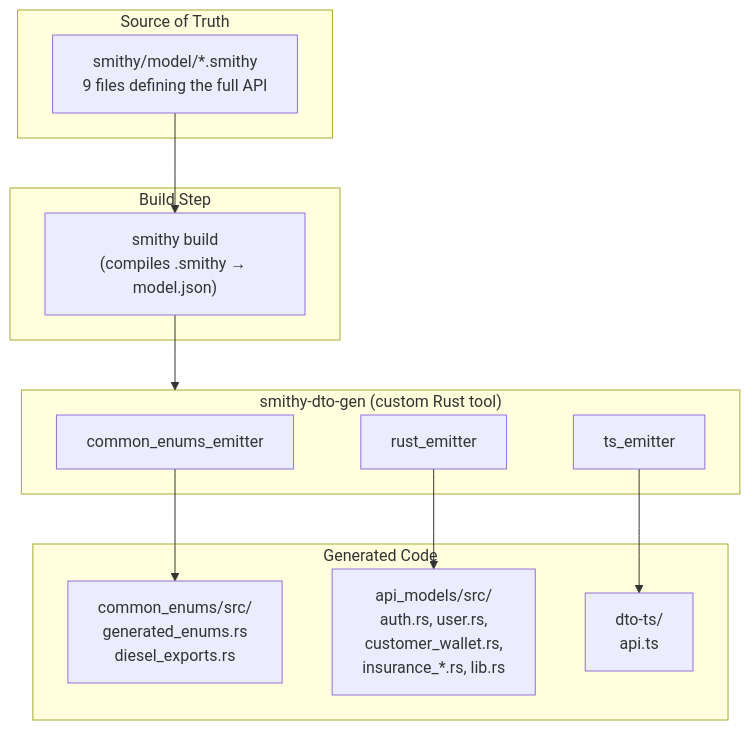
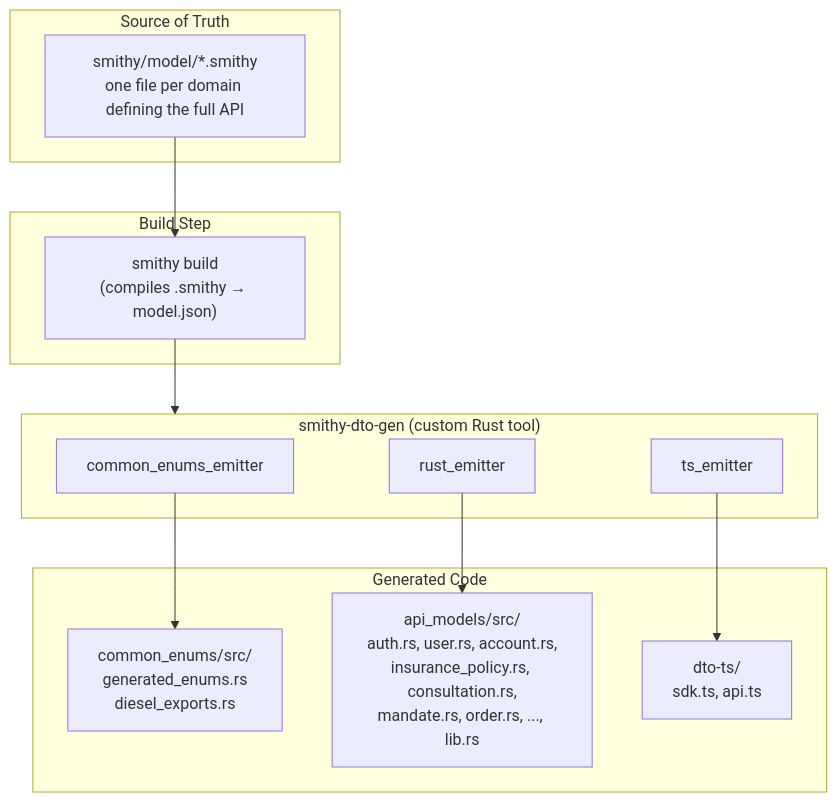
The first of 10 diagrams in api-reference/architecture/smithy-codegen-guide.mdx (anu19981/aarokya-backend), drawn with Mermaid before and after one commit. The commit also changed other lines of this file and 82 other files, not shown here.

````diff
--- a/api-reference/architecture/smithy-codegen-guide.mdx
+++ b/api-reference/architecture/smithy-codegen-guide.mdx
@@ -16,28 +16,28 @@
 ```mermaid
 flowchart TD
     subgraph SOURCE["Source of Truth"]
-        S["smithy/model/*.smithy<br/>9 files defining the full API"]
+        S["smithy/model/*.smithy<br/>one file per domain defining the full API"]
     end
 
     subgraph BUILD["Build Step"]
         SB["smithy build<br/>(compiles .smithy → model.json)"]
     end
 
     subgraph CODEGEN["smithy-dto-gen (custom Rust tool)"]
         CE["common_enums_emitter"]
         RE["rust_emitter"]
         TE["ts_emitter"]
     end
 
     subgraph OUTPUT["Generated Code"]
         O1["common_enums/src/<br/>generated_enums.rs<br/>diesel_exports.rs"]
-        O2["api_models/src/<br/>auth.rs, user.rs,<br/>customer_wallet.rs,<br/>insurance_*.rs, lib.rs"]
-        O3["dto-ts/<br/>api.ts"]
+        O2["api_models/src/<br/>auth.rs, user.rs, account.rs,<br/>insurance_policy.rs, consultation.rs,<br/>mandate.rs, order.rs, ..., lib.rs"]
+        O3["dto-ts/<br/>sdk.ts, api.ts"]
     end
 
     S --> SB
     SB --> CODEGEN
     CE --> O1
     RE --> O2
     TE --> O3
 ```
````
